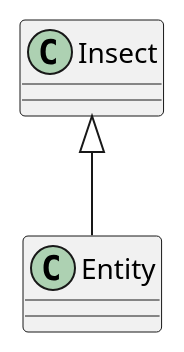
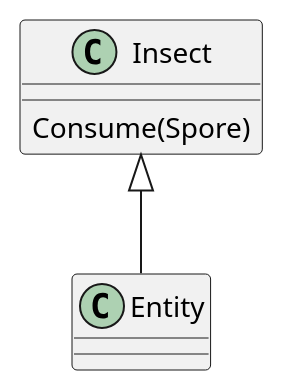
Before and after one commit to Petya-G/fungorium: the diagram in 3/classes/insect.puml, drawn with PlantUML. The commit also changed 6 other files, not shown here.

```diff
--- a/3/classes/insect.puml
+++ b/3/classes/insect.puml
@@ -1,7 +1,7 @@
 @startuml insect
 
 Insect <|-- Entity
 class Insect{
-
+    Consume(Spore)
 }
 @enduml
```
